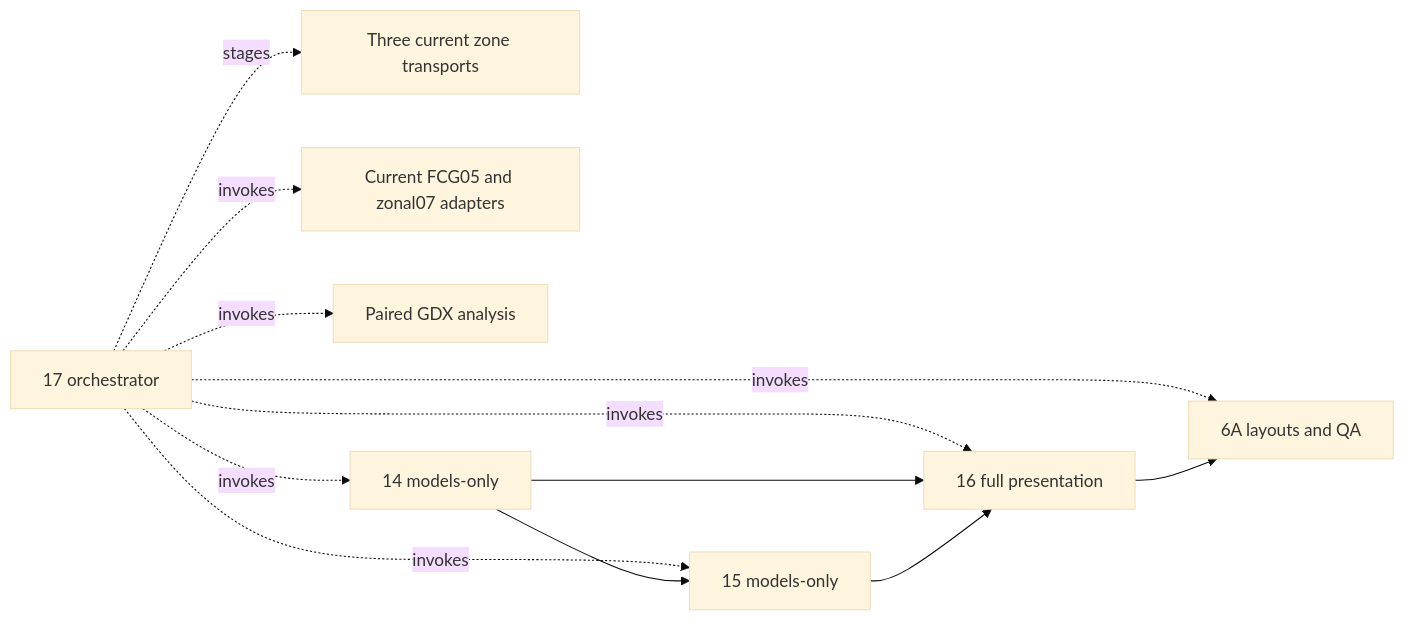
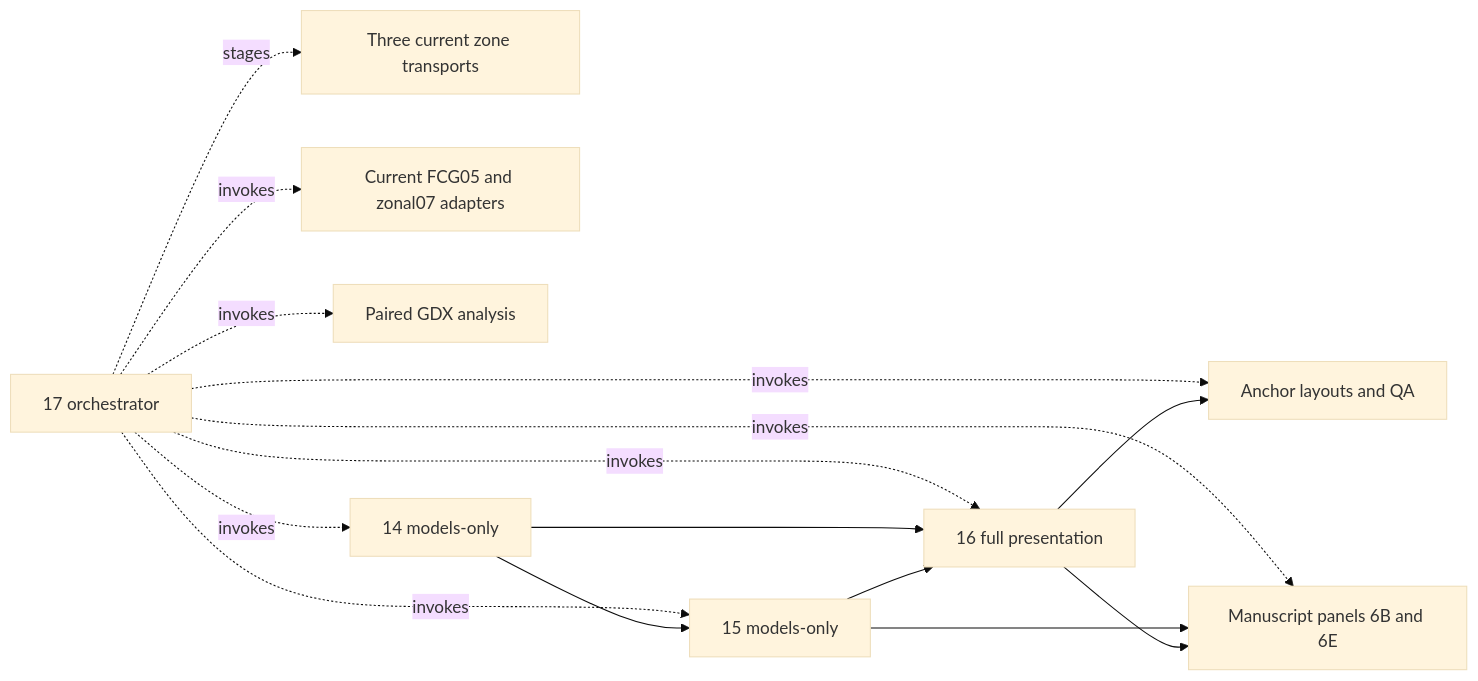
Before and after one commit to saezlab/gonads_snRNAseq_and_lipidomics_analysis_refactored: the second of 2 diagrams in PIPELINE.md, drawn with Mermaid (base theme). The commit also changed other lines of this file and 30 other files, not shown here.

Commit message:
Promote manuscript Figure 6B and 6E panels

````diff
--- a/PIPELINE.md
+++ b/PIPELINE.md
@@ -52,14 +54,17 @@
 ```mermaid
 flowchart LR
   W17[17 orchestrator] -. stages .-> S[Three current zone transports]
   W17 -. invokes .-> F[Current FCG05 and zonal07 adapters]
   W17 -. invokes .-> G[Paired GDX analysis]
   W17 -. invokes .-> D14[14 models-only]
   W17 -. invokes .-> D15[15 models-only]
   W17 -. invokes .-> D16[16 full presentation]
-  W17 -. invokes .-> A[6A layouts and QA]
+  W17 -. invokes .-> A[Anchor layouts and QA]
+  W17 -. invokes .-> M[Manuscript panels 6B and 6E]
   D14 --> D15
   D14 --> D16
   D15 --> D16
   D16 --> A
+  D15 --> M
+  D16 --> M
 ```
````
